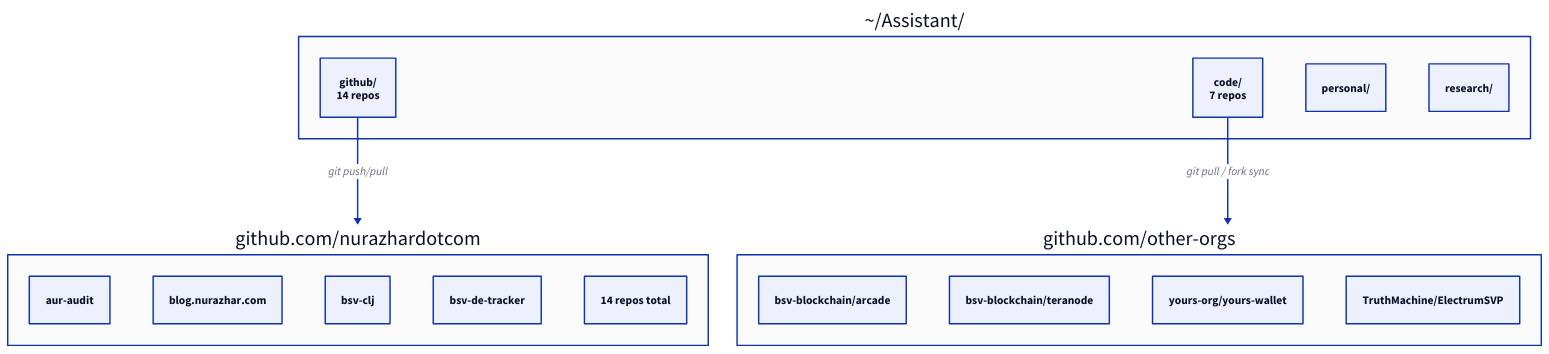
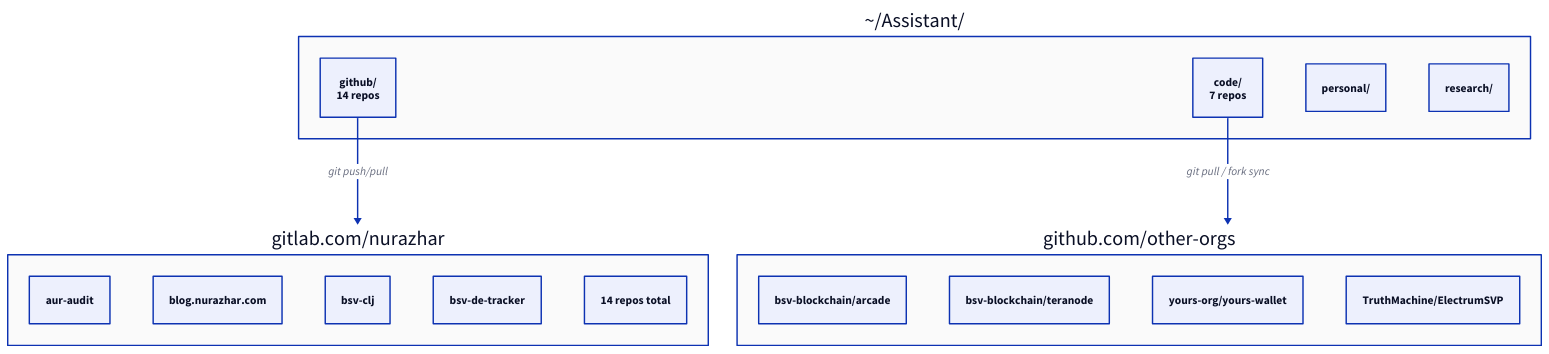
The first of 6 diagrams in git-workflow-visual-guide.md (nurazhardotcom/blog.nurazhar.com), drawn with D2 before and after one commit. The commit also changed other lines of this file and 25 other files, not shown here.

````diff
--- a/git-workflow-visual-guide.md
+++ b/git-workflow-visual-guide.md
@@ -29,32 +29,32 @@
 ```d2
 # Diagram 102
 direction: down
 
 Local: "~/Assistant/" {
   style.fill: "#fafafa"
   CD: "code/\n7 repos"
   GH: "github/\n14 repos"
   PS: "personal/"
   RS: "research/"
 }
 
-GitHub: "github.com/nurazhardotcom" {
+GitHub: "gitlab.com/nurazhar" {
   style.fill: "#fafafa"
   R1: "aur-audit"
   R2: "blog.nurazhar.com"
   R3: "bsv-clj"
   R4: "bsv-de-tracker"
   R5: "14 repos total"
 }
 
 Upstream: "github.com/other-orgs" {
   style.fill: "#fafafa"
   U1: "bsv-blockchain/arcade"
   U2: "bsv-blockchain/teranode"
   U3: "yours-org/yours-wallet"
   U4: "TruthMachine/ElectrumSVP"
 }
 
 Local.GH -> GitHub: "git push/pull"
 Local.CD -> Upstream: "git pull / fork sync"
 ```
````
